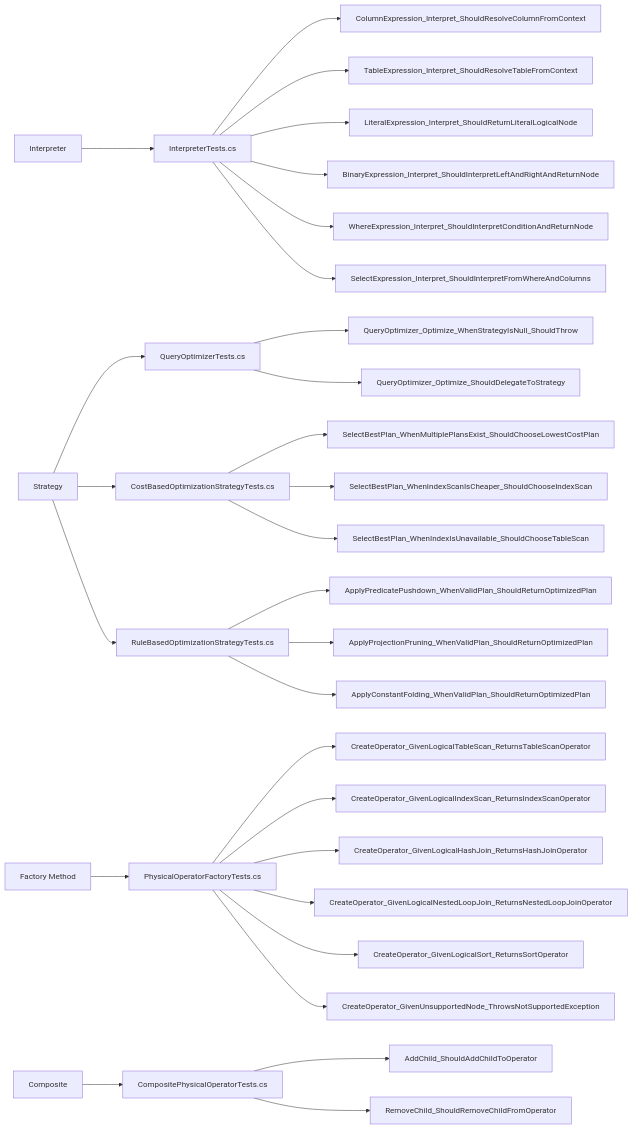
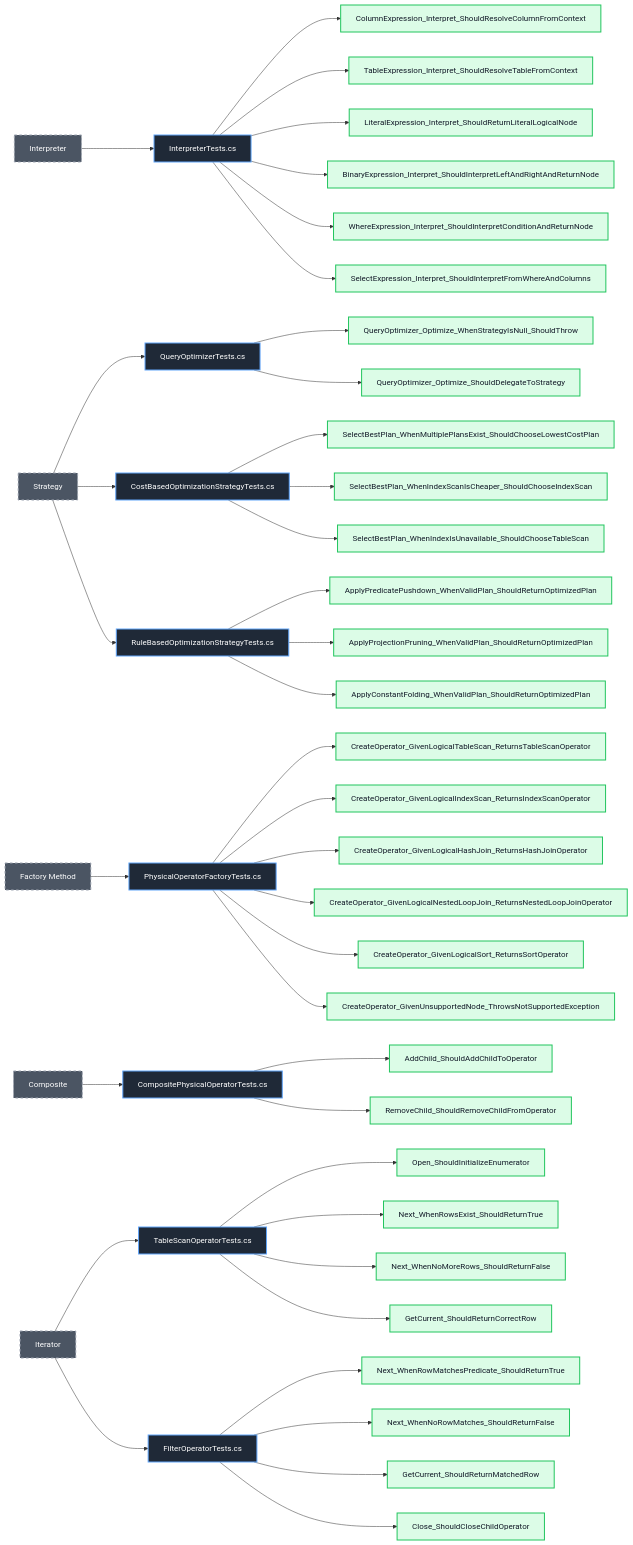
One commit to manaxpow/DBMS changed the fourth of 4 diagrams in docs/design-patterns/README.md. Above: the diagram before and after it, drawn with Mermaid. The commit also changed other lines of this file and 14 other files, not shown here.

````diff
--- a/docs/design-patterns/README.md
+++ b/docs/design-patterns/README.md
@@ -513,4 +537,32 @@
     Comp_PO --> Comp_PO_1["AddChild_ShouldAddChildToOperator"]
     Comp_PO --> Comp_PO_2["RemoveChild_ShouldRemoveChildFromOperator"]
 
+    %% =========================================================
+    %% Iterator Files & Methods
+    %% =========================================================
+    Iterator["Iterator"]
+
+    Iterator --> Iter_TS["TableScanOperatorTests.cs"]
+    Iter_TS --> TS_001["Open_ShouldInitializeEnumerator"]
+    Iter_TS --> TS_002["Next_WhenRowsExist_ShouldReturnTrue"]
+    Iter_TS --> TS_003["Next_WhenNoMoreRows_ShouldReturnFalse"]
+    Iter_TS --> TS_004["GetCurrent_ShouldReturnCorrectRow"]
+
+    Iterator --> Iter_FL["FilterOperatorTests.cs"]
+    Iter_FL --> FL_001["Next_WhenRowMatchesPredicate_ShouldReturnTrue"]
+    Iter_FL --> FL_002["Next_WhenNoRowMatches_ShouldReturnFalse"]
+    Iter_FL --> FL_003["GetCurrent_ShouldReturnMatchedRow"]
+    Iter_FL --> FL_004["Close_ShouldCloseChildOperator"]
+
+    classDef patternNode fill:#4b5563,stroke:#9ca3af,color:#ffffff,stroke-width:2px,stroke-dasharray: 5 5
+    classDef classNode fill:#1f2937,stroke:#60a5fa,color:#ffffff,stroke-width:2px
+    classDef completedTest fill:#dcfce7,stroke:#22c55e,color:#111827,stroke-width:2px
+
+    class Interpreter,Strategy,FactoryMethod,Composite,Iterator patternNode
+    class Int_IT,Str_QO,Str_CB,Str_RB,FM_POFT,Comp_PO,Iter_TS,Iter_FL classNode
+    class Int_IT_1,Int_IT_2,Int_IT_3,Int_IT_4,Int_IT_5,Int_IT_6 completedTest
+    class Str_QO_1,Str_QO_2,Str_CB_1,Str_CB_2,Str_CB_3,Str_RB_1,Str_RB_2,Str_RB_3 completedTest
+    class FM_POFT_1,FM_POFT_2,FM_POFT_3,FM_POFT_4,FM_POFT_5,FM_POFT_6 completedTest
+    class Comp_PO_1,Comp_PO_2 completedTest
+    class TS_001,TS_002,TS_003,TS_004,FL_001,FL_002,FL_003,FL_004 completedTest
 ```
````
